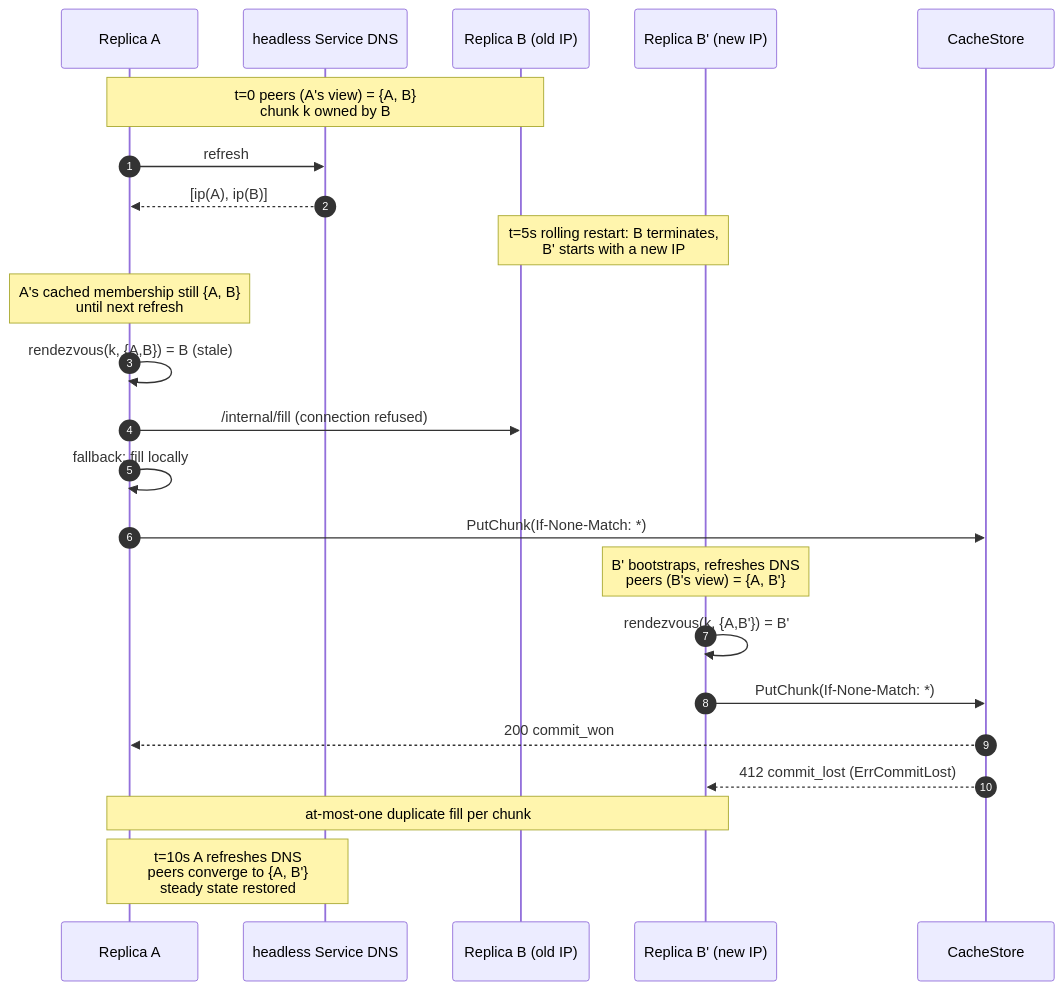
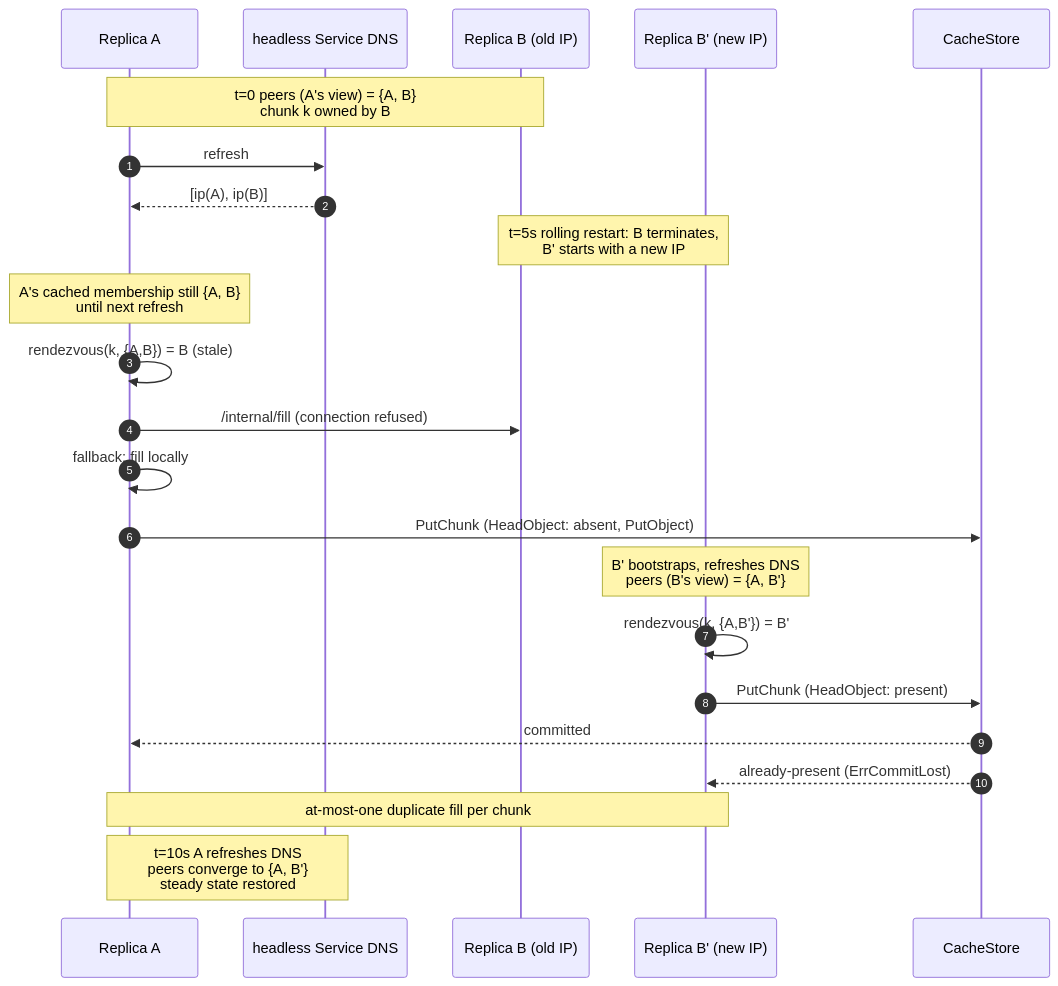
Before and after one commit to Azure/unbounded: the seventh of 7 diagrams in designs/orca/design.md, drawn with Mermaid. The commit also changed other lines of this file and 1 other file, not shown here.

First line of the commit message:
docs(orca): update design + brief for stat-then-put commit

````diff
--- a/designs/orca/design.md
+++ b/designs/orca/design.md
@@ -1102,25 +1125,25 @@
 ```mermaid
 sequenceDiagram
     autonumber
     participant A as Replica A
     participant DNS as headless Service DNS
     participant B as Replica B (old IP)
     participant Bp as Replica B' (new IP)
     participant CS as CacheStore
     Note over A,B: t=0  peers (A's view) = {A, B}<br/>chunk k owned by B
     A->>DNS: refresh
     DNS-->>A: [ip(A), ip(B)]
     Note over B,Bp: t=5s  rolling restart: B terminates,<br/>B' starts with a new IP
     Note over A: A's cached membership still {A, B}<br/>until next refresh
     A->>A: rendezvous(k, {A,B}) = B (stale)
     A->>B: /internal/fill (connection refused)
     A->>A: fallback: fill locally
-    A->>CS: PutChunk(If-None-Match: *)
+    A->>CS: PutChunk (HeadObject: absent, PutObject)
     Note over Bp: B' bootstraps, refreshes DNS<br/>peers (B's view) = {A, B'}
     Bp->>Bp: rendezvous(k, {A,B'}) = B'
-    Bp->>CS: PutChunk(If-None-Match: *)
-    CS-->>A: 200 commit_won
-    CS-->>Bp: 412 commit_lost (ErrCommitLost)
+    Bp->>CS: PutChunk (HeadObject: present)
+    CS-->>A: committed
+    CS-->>Bp: already-present (ErrCommitLost)
     Note over A,Bp: at-most-one duplicate fill per chunk
     Note over A,DNS: t=10s  A refreshes DNS<br/>peers converge to {A, B'}<br/>steady state restored
 ```
````
